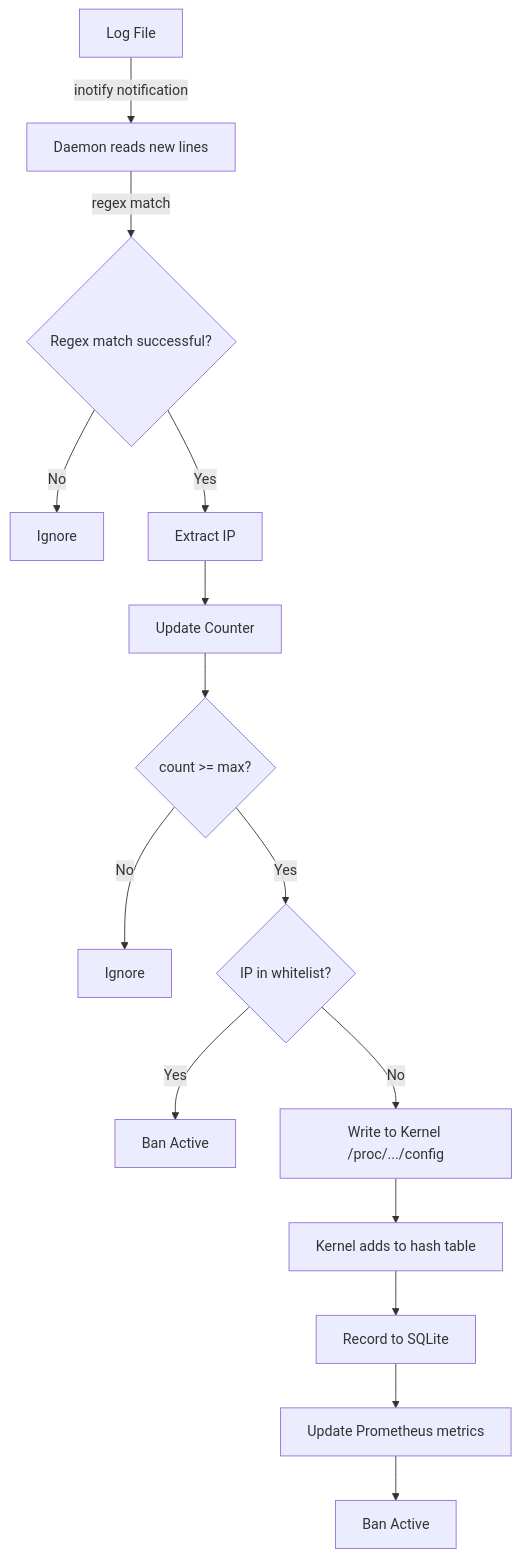
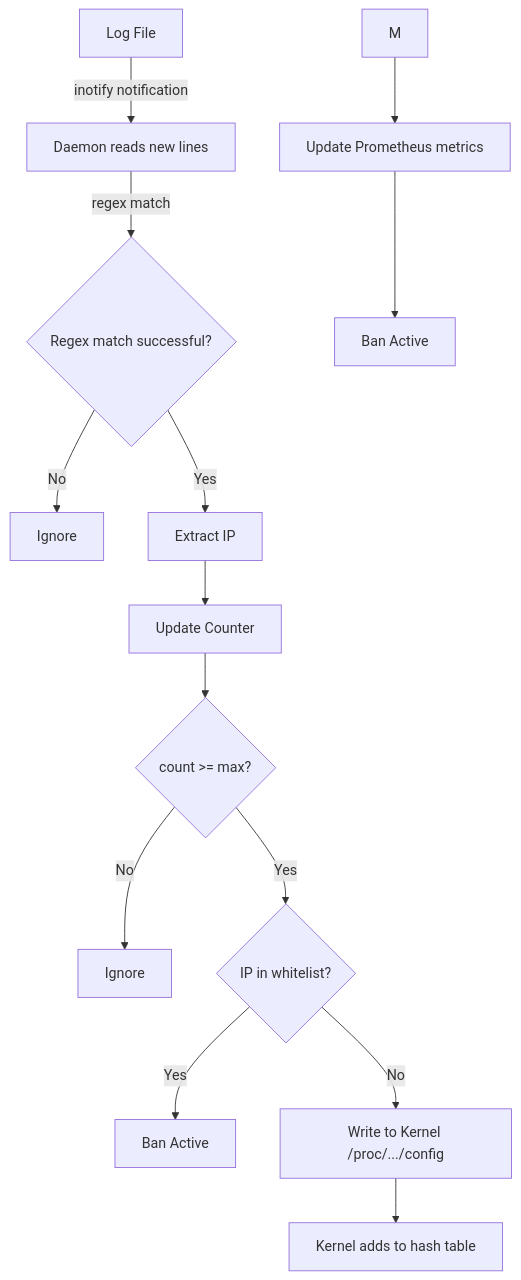
One commit to SnowCore8/linux-firewall-kmod changed the third of 7 diagrams in docs/en/architecture/data-flow.md. Above: the diagram before and after it, drawn with Mermaid. The commit also changed other lines of this file and 39 other files, not shown here.

````diff
--- a/docs/en/architecture/data-flow.md
+++ b/docs/en/architecture/data-flow.md
@@ -36,17 +36,16 @@
 ```mermaid
 graph TB
     A[Log File] -->|inotify notification| B[Daemon reads new lines]
     B -->|regex match| C{Regex match successful?}
     C -->|No| D[Ignore]
     C -->|Yes| E[Extract IP]
     E --> F[Update Counter]
     F --> G{count >= max?}
     G -->|No| H[Ignore]
     G -->|Yes| I{IP in whitelist?}
     I -->|Yes| J[Ban Active]
     I -->|No| K[Write to Kernel /proc/.../config]
     K --> L[Kernel adds to hash table]
-    L --> M[Record to SQLite]
-    M --> N[Update Prometheus metrics]
+        M --> N[Update Prometheus metrics]
     N --> O[Ban Active]
 ```
````
